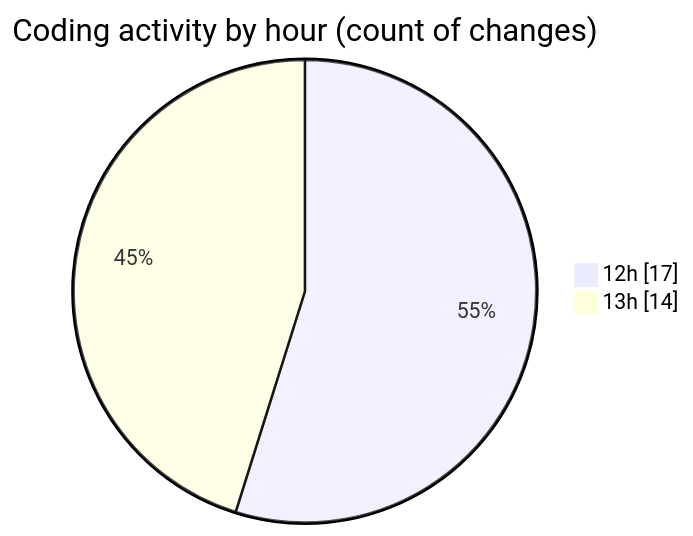
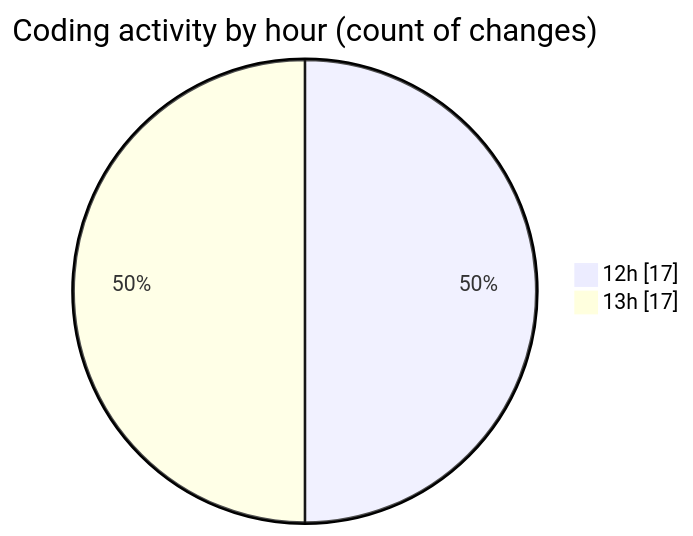
Before and after one commit to CELIANVF/code-tracking: the second of 2 diagrams in 2025-06-01/video_app/README.md, drawn with Mermaid. The commit also changed other lines of this file and 1 other file, not shown here.

````diff
--- a/2025-06-01/video_app/README.md
+++ b/2025-06-01/video_app/README.md
@@ -37,6 +37,6 @@
 ```mermaid
 pie showData
 title Coding activity by hour (count of changes)
 "12h" : 17
-"13h" : 14
+"13h" : 17
 ```
````
